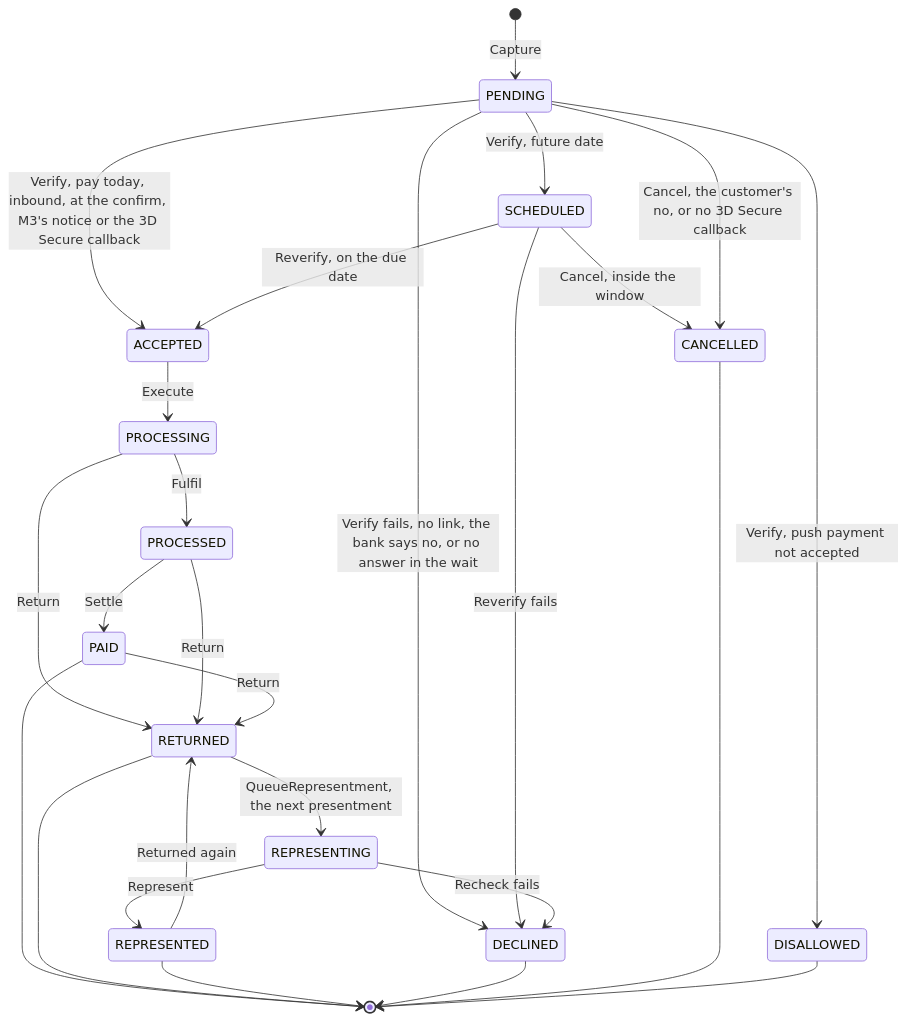
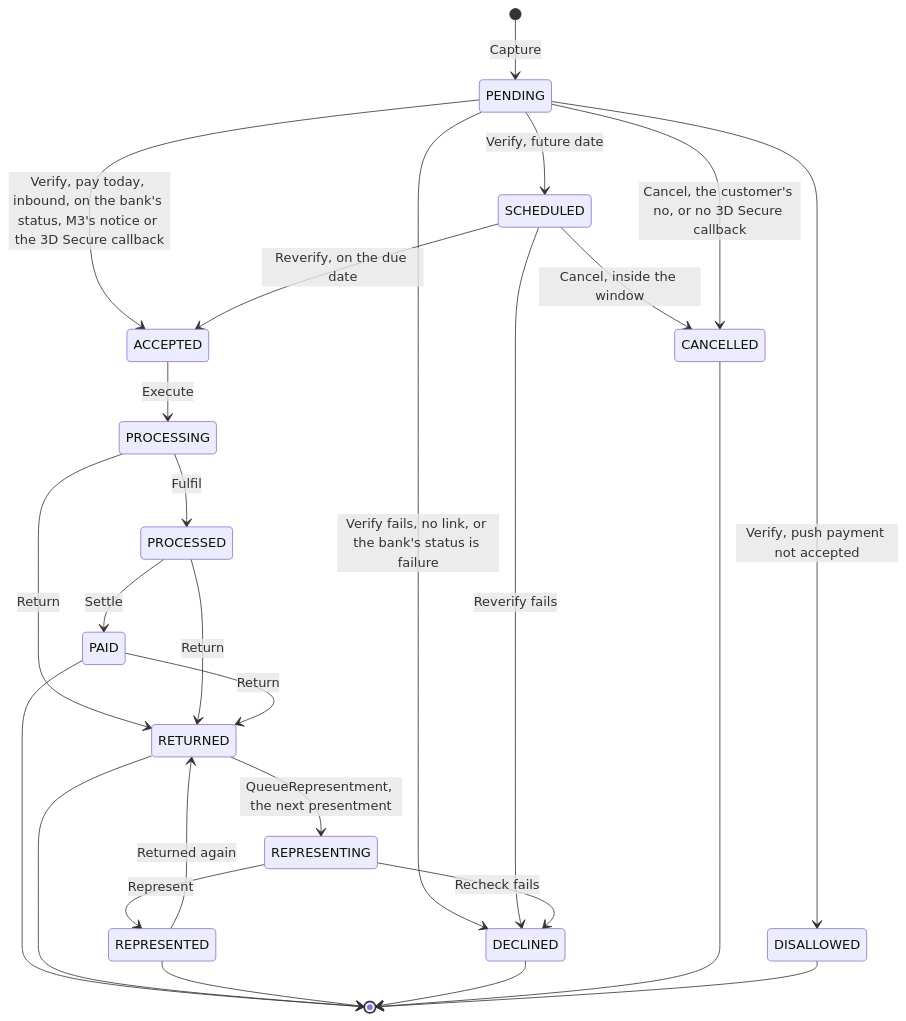
Before and after one commit to arunav-bhattacharya/billpay-book: the first of 2 diagrams in docs/Wiki_Spec.md, drawn with Mermaid. The commit also changed other lines of this file and 41 other files, not shown here.

````diff
--- a/docs/Wiki_Spec.md
+++ b/docs/Wiki_Spec.md
@@ -2143,28 +2145,28 @@
 ```mermaid
 stateDiagram-v2
     [*] --> PENDING: Capture
-    PENDING --> ACCEPTED: Verify, pay today, inbound, at the confirm, M3's notice or the 3D Secure callback
+    PENDING --> ACCEPTED: Verify, pay today, inbound, on the bank's status, M3's notice or the 3D Secure callback
     PENDING --> SCHEDULED: Verify, future date
-    PENDING --> DECLINED: Verify fails, no link, the bank says no, or no answer in the wait
+    PENDING --> DECLINED: Verify fails, no link, or the bank's status is failure
     PENDING --> DISALLOWED: Verify, push payment not accepted
     SCHEDULED --> ACCEPTED: Reverify, on the due date
     SCHEDULED --> DECLINED: Reverify fails
     SCHEDULED --> CANCELLED: Cancel, inside the window
     PENDING --> CANCELLED: Cancel, the customer's no, or no 3D Secure callback
     ACCEPTED --> PROCESSING: Execute
     PROCESSING --> PROCESSED: Fulfil
     PROCESSED --> PAID: Settle
     PROCESSING --> RETURNED: Return
     PROCESSED --> RETURNED: Return
     PAID --> RETURNED: Return
     RETURNED --> REPRESENTING: QueueRepresentment, the next presentment
     REPRESENTING --> REPRESENTED: Represent
     REPRESENTING --> DECLINED: Recheck fails
     REPRESENTED --> RETURNED: Returned again
     PAID --> [*]
     RETURNED --> [*]
     REPRESENTED --> [*]
     DECLINED --> [*]
     CANCELLED --> [*]
     DISALLOWED --> [*]
 ```
````
